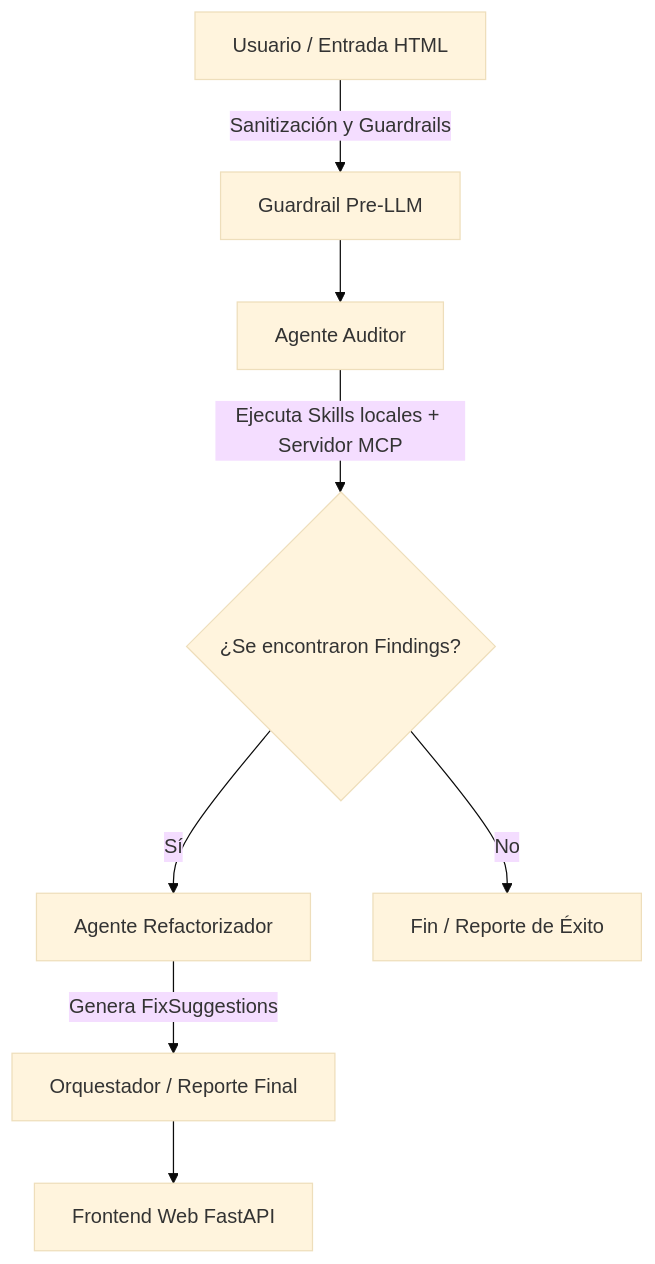
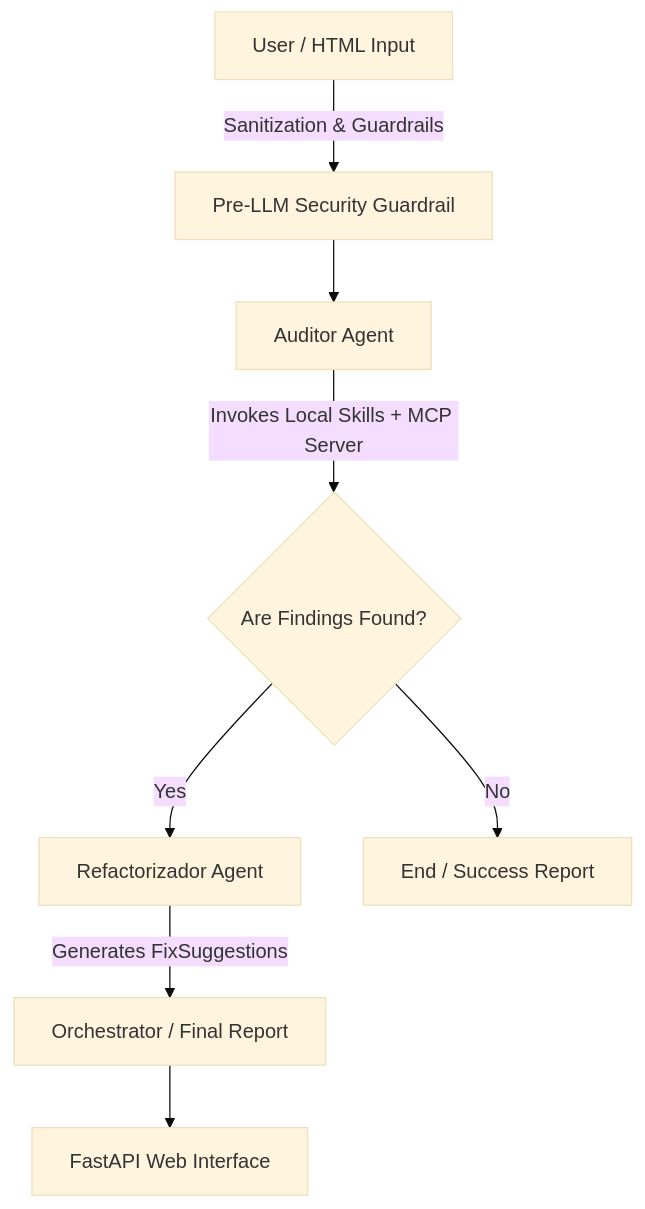
One commit to EvePulido/Bondy changed the diagram in docs/architecture.md. Above: the diagram before and after it, drawn with Mermaid (base theme). The commit also changed other lines of this file and 5 other files, not shown here.

````diff
--- a/docs/architecture.md
+++ b/docs/architecture.md
@@ -34,10 +34,10 @@
 ```mermaid
 flowchart TD
-    U[Usuario / Entrada HTML] -->|Sanitización y Guardrails| G[Guardrail Pre-LLM]
-    G --> A[Agente Auditor]
-    A -->|Ejecuta Skills locales + Servidor MCP| F{¿Se encontraron Findings?}
-    F -->|Sí| R[Agente Refactorizador]
-    F -->|No| E[Fin / Reporte de Éxito]
-    R -->|Genera FixSuggestions| O[Orquestador / Reporte Final]
-    O --> HTML[Frontend Web FastAPI]
+    U[User / HTML Input] -->|Sanitization & Guardrails| G[Pre-LLM Security Guardrail]
+    G --> A[Auditor Agent]
+    A -->|Invokes Local Skills + MCP Server| F{Are Findings Found?}
+    F -->|Yes| R[Refactorizador Agent]
+    F -->|No| E[End / Success Report]
+    R -->|Generates FixSuggestions| O[Orchestrator / Final Report]
+    O --> HTML[FastAPI Web Interface]
 ```
````
